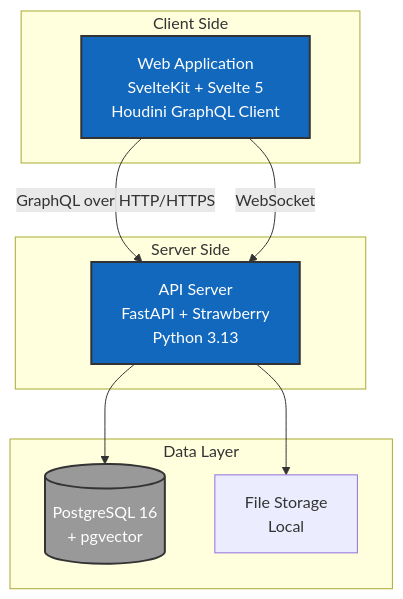
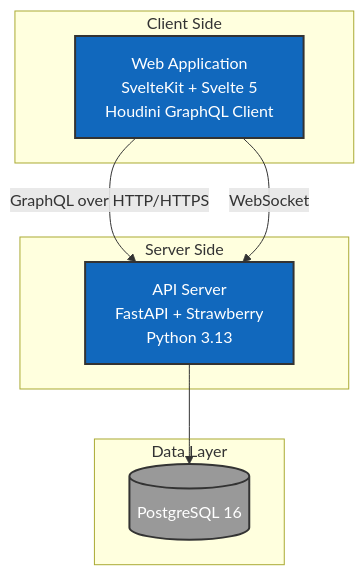
One commit to twtrubiks/graphql-python-blog changed the second of 7 diagrams in docs/architecture.md. Above: the diagram before and after it, drawn with Mermaid. The commit also changed other lines of this file and 9 other files, not shown here.

````diff
--- a/docs/architecture.md
+++ b/docs/architecture.md
@@ -75,24 +75,22 @@
 ```mermaid
 graph TB
     subgraph "Client Side"
         WebApp[Web Application<br/>SvelteKit + Svelte 5<br/>Houdini GraphQL Client]
     end
 
     subgraph "Server Side"
         API[API Server<br/>FastAPI + Strawberry<br/>Python 3.13]
     end
 
     subgraph "Data Layer"
-        DB[(PostgreSQL 16<br/>+ pgvector)]
-        FileStore[File Storage<br/>Local]
+        DB[(PostgreSQL 16)]
     end
 
     WebApp -->|GraphQL over HTTP/HTTPS| API
     WebApp -->|WebSocket| API
     API --> DB
-    API --> FileStore
 
     style WebApp fill:#1168bd,stroke:#333,stroke-width:2px,color:#fff
     style API fill:#1168bd,stroke:#333,stroke-width:2px,color:#fff
     style DB fill:#999,stroke:#333,stroke-width:2px,color:#fff
 ```
````
